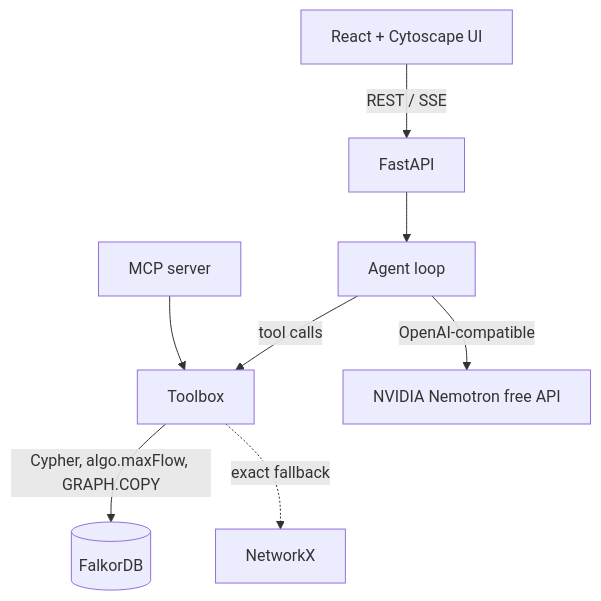
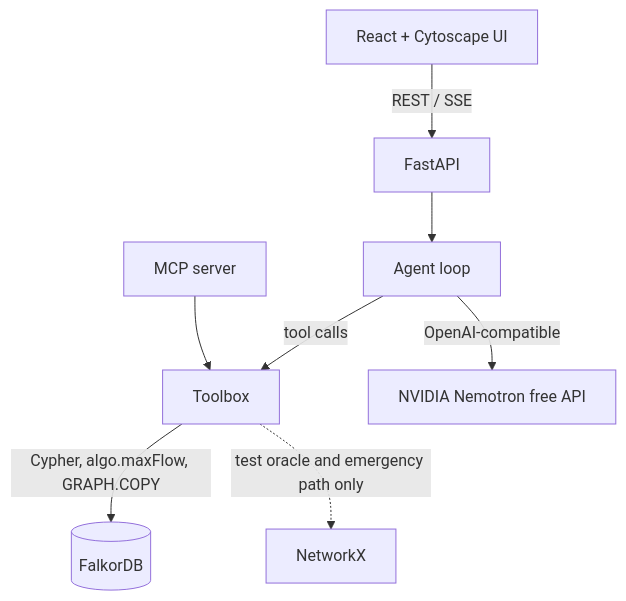
One commit to Hackmaass/Chokepoint changed the second of 2 diagrams in README.md. Above: the diagram before and after it, drawn with Mermaid. The commit also changed other lines of this file and 10 other files, not shown here.

Commit message:
Max-flow repaired inside FalkorDB (residual graph + shortestPath + algo.BFS), route checks via algo.BFS, tests on 300+ new networks, claims and docs updated

````diff
--- a/README.md
+++ b/README.md
@@ -171,10 +172,10 @@
 ```mermaid
 graph TD
   UI[React + Cytoscape UI] -- REST / SSE --> API[FastAPI]
   API --> AG[Agent loop]
   AG -- tool calls --> TB[Toolbox]
   MCP[MCP server] --> TB
   AG -- OpenAI-compatible --> LLM[NVIDIA Nemotron free API]
   TB -- Cypher, algo.maxFlow, GRAPH.COPY --> DB[(FalkorDB)]
-  TB -. exact fallback .-> NX[NetworkX]
+  TB -. test oracle and emergency path only .-> NX[NetworkX]
 ```
````
